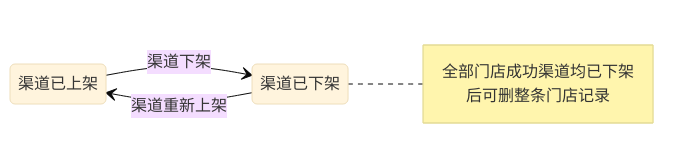
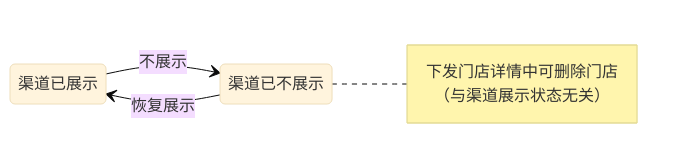
The fourth of 4 diagrams in 屏保状态与操作说明.md (cflyindance/setcenter), drawn with Mermaid (base theme) before and after one commit. The commit also changed other lines of this file and 4 other files, not shown here.

````diff
--- a/屏保状态与操作说明.md
+++ b/屏保状态与操作说明.md
@@ -233,9 +233,9 @@
 ```mermaid
 stateDiagram-v2
   direction LR
-  ch_on: 渠道已上架
-  ch_off: 渠道已下架
-  ch_on --> ch_off: 渠道下架
-  ch_off --> ch_on: 渠道重新上架
-  note right of ch_off: 全部门店成功渠道均已下架后可删整条门店记录
+  ch_on: 渠道已展示
+  ch_off: 渠道已不展示
+  ch_on --> ch_off: 不展示
+  ch_off --> ch_on: 恢复展示
+  note right of ch_off: 下发门店详情中可删除门店（与渠道展示状态无关）
 ```
````
